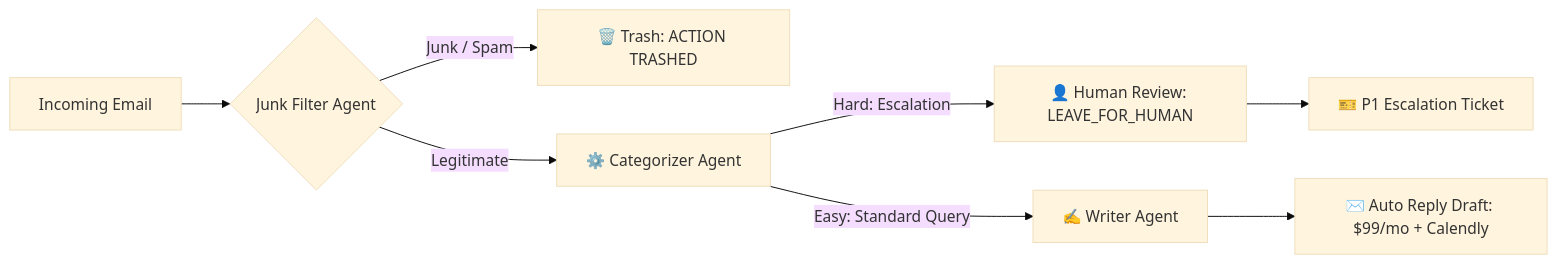
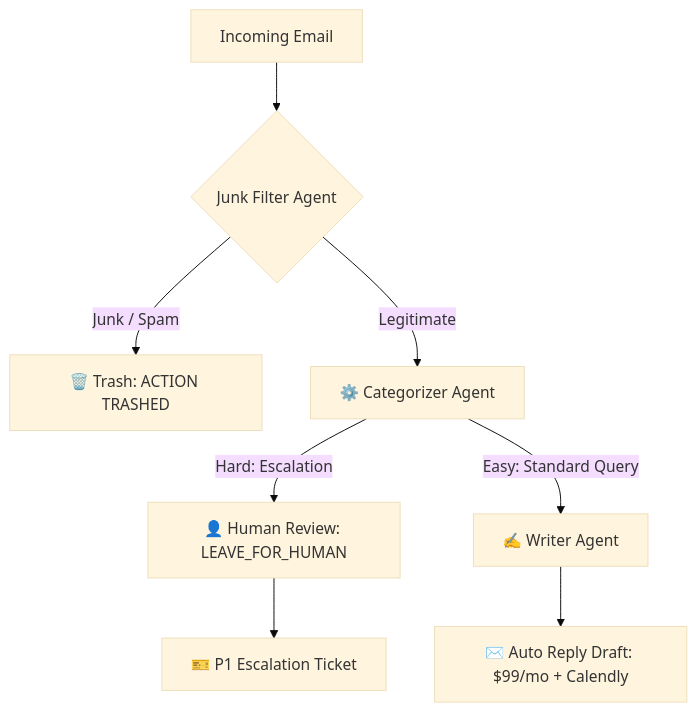
Before and after one commit to satyanarayana51115/autonomous-email-triage-agent: the diagram in README.md, drawn with Mermaid (base theme).

Commit message:
Change flowchart direction from LR to TB
Updated flowchart direction in README.

````diff
--- a/README.md
+++ b/README.md
@@ -28,18 +28,18 @@
 ```mermaid
-flowchart LR
+flowchart TB
     A[Incoming Email] --> B{Junk Filter Agent}
     
     %% Junk Path
     B -- Junk / Spam --> C[🗑️ Trash: ACTION TRASHED]
     
     %% Legitimate Path
     B -- Legitimate --> D[⚙️ Categorizer Agent]
     
     %% Categorization Paths
     D -- Hard: Escalation --> E[👤 Human Review: LEAVE_FOR_HUMAN]
     D -- Easy: Standard Query --> F[✍️ Writer Agent]
     
     %% Final Actions
     E --> G[🎫 P1 Escalation Ticket]
     F --> H[✉️ Auto Reply Draft: $99/mo + Calendly]
 ```
````
